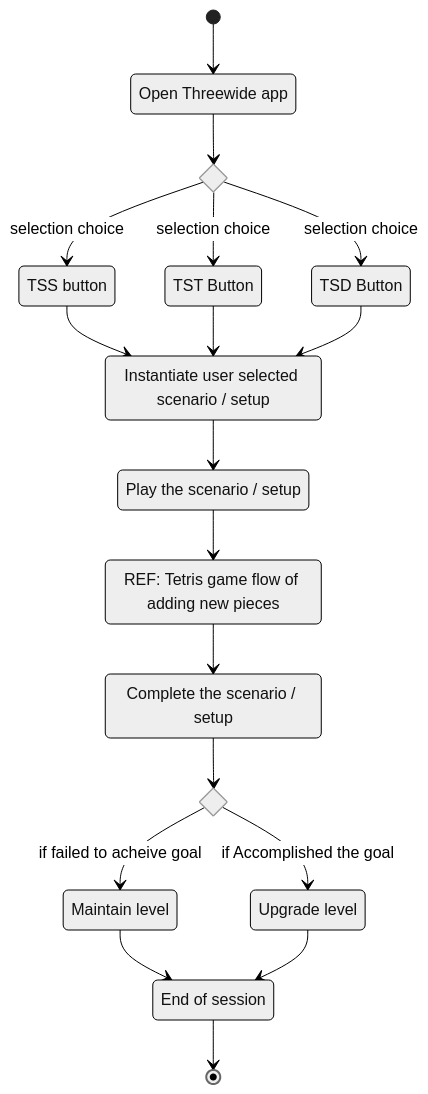
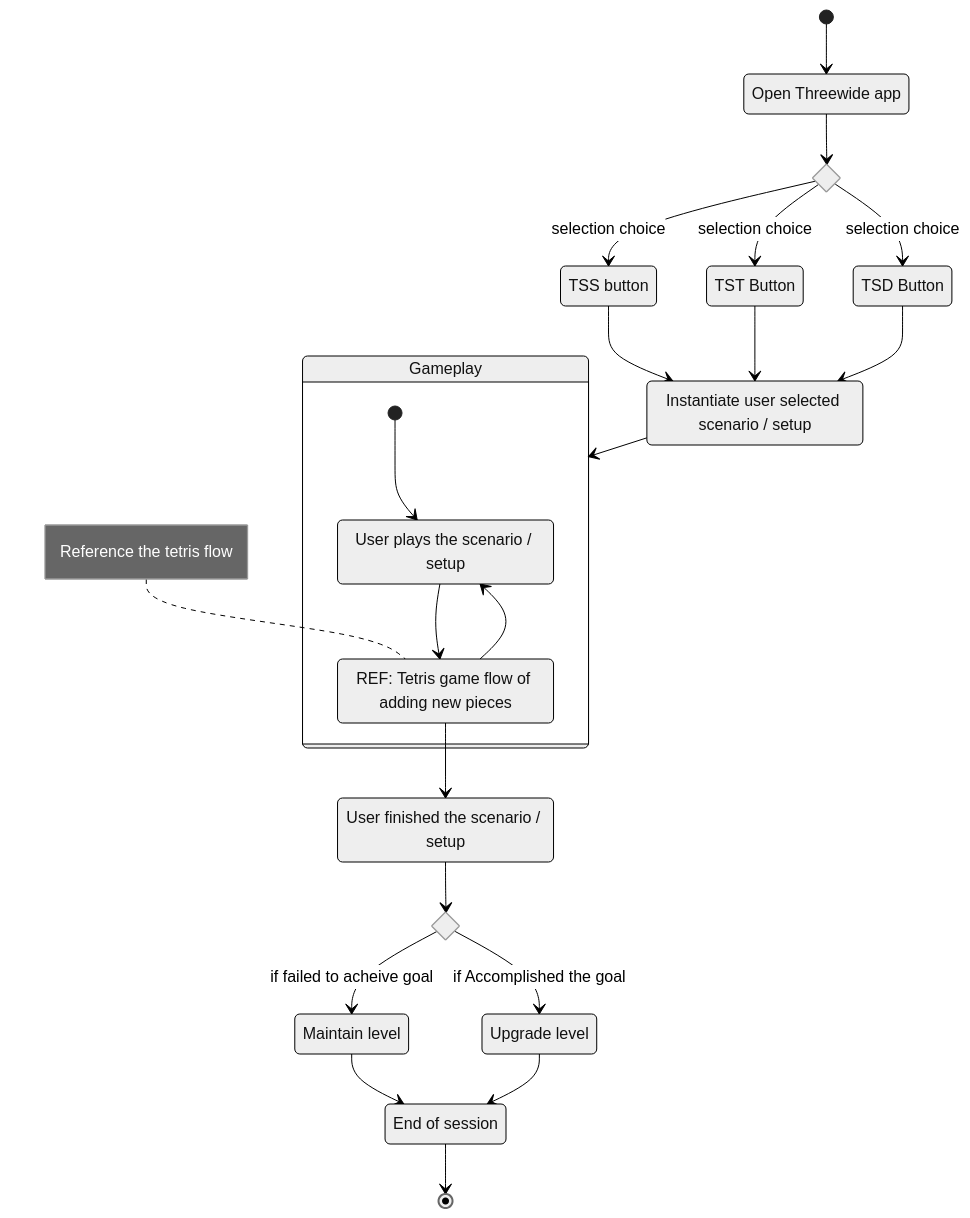
Before and after one commit to teamcrusher/threewide: the diagram in Diagrams/State-diagram.md, drawn with Mermaid (neutral theme).

Commit message:
added composite state of gameplay

````diff
--- a/Diagrams/State-diagram.md
+++ b/Diagrams/State-diagram.md
@@ -1,43 +1,50 @@
 ```mermaid
-    stateDiagram
-        
+    stateDiagram-v2
+
             state "Open Threewide app" as s1
             %% state "Strategy learning wiki" as s2
             state "TSS button" as s3
             state "TST Button" as s4
             state "TSD Button" as s5
             state "Instantiate user selected scenario / setup" as s6
-            state "Play the scenario / setup" as s7
+            state "User plays the scenario / setup" as s7
             state "REF: Tetris game flow of adding new pieces "as s8
-            state "Complete the scenario / setup" as s9
+            state "User finished the scenario / setup" as s9
             state "Maintain level" as s10
             state "Upgrade level" as s11
             state "End of session" as s12
+            note left of s8
+                Reference the tetris flow
+                end note
+        [*] --> s1
 
-        [*] --> s1
-        %% s1 --> s2
         
         state if_state_for_button <<choice>>
         s1-->if_state_for_button
         if_state_for_button-->s3 : selection choice
         if_state_for_button-->s4 : selection choice
         if_state_for_button-->s5 : selection choice
 
         s3-->s6
         s4-->s6
         s5-->s6
 
-        s6-->s7
-        s7-->s8
+        s6 --> Gameplay
+            state Gameplay {
+                [*] --> s7
+                s7 --> s8
+                s8 --> s7
+            }
+        %% s6-->s7
+        %% s8-->s7
+        %% s7-->s8
         s8-->s9
 
         state if_state <<choice>>
         s9-->if_state
         if_state -->s10 : if failed to acheive goal
         if_state -->s11 : if Accomplished the goal
         s10-->s12
         s11-->s12
         s12-->[*]
-
-
 ```
````
